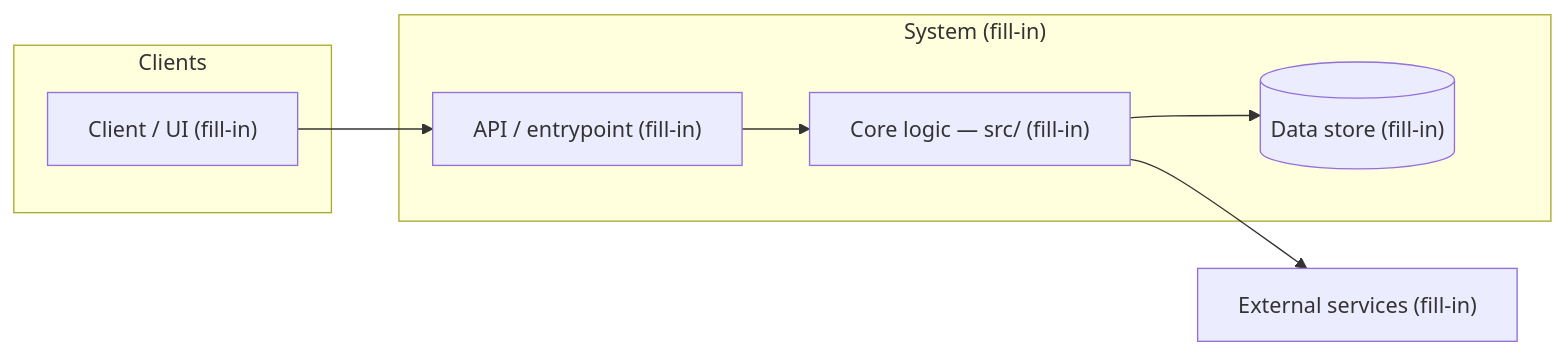
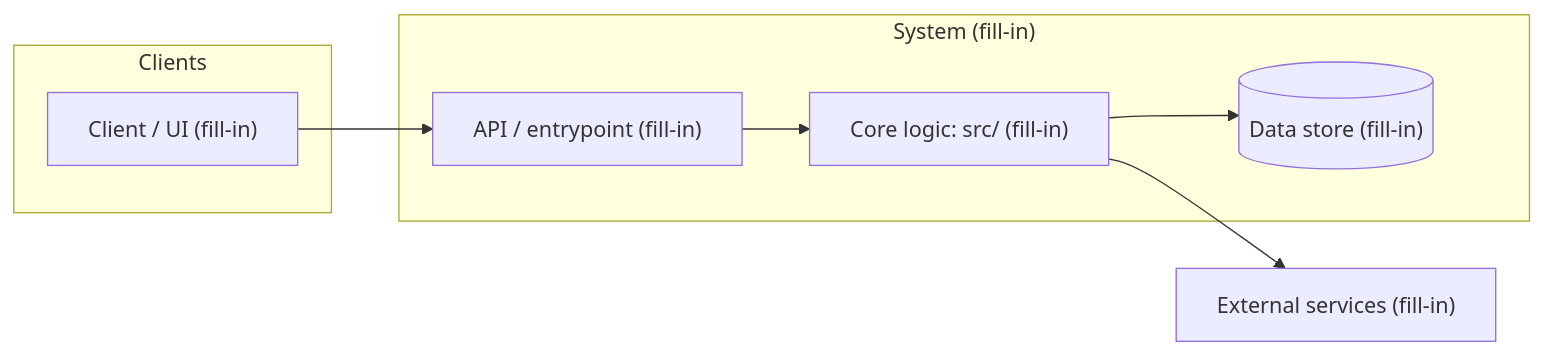
One commit to Joehmyers/template-repo changed the first of 2 diagrams in docs/diagrams/system-diagram.md. Above: the diagram before and after it, drawn with Mermaid. The commit also changed other lines of this file and 29 other files, not shown here.

````diff
--- a/docs/diagrams/system-diagram.md
+++ b/docs/diagrams/system-diagram.md
@@ -20,19 +20,19 @@
 ```mermaid
 flowchart LR
     subgraph clients[Clients]
         ui["Client / UI (fill-in)"]
     end
 
     subgraph system["System (fill-in)"]
         api["API / entrypoint (fill-in)"]
-        core["Core logic — src/ (fill-in)"]
+        core["Core logic: src/ (fill-in)"]
         data[("Data store (fill-in)")]
     end
 
     ext["External services (fill-in)"]
 
     ui --> api
     api --> core
     core --> data
     core --> ext
 ```
````
